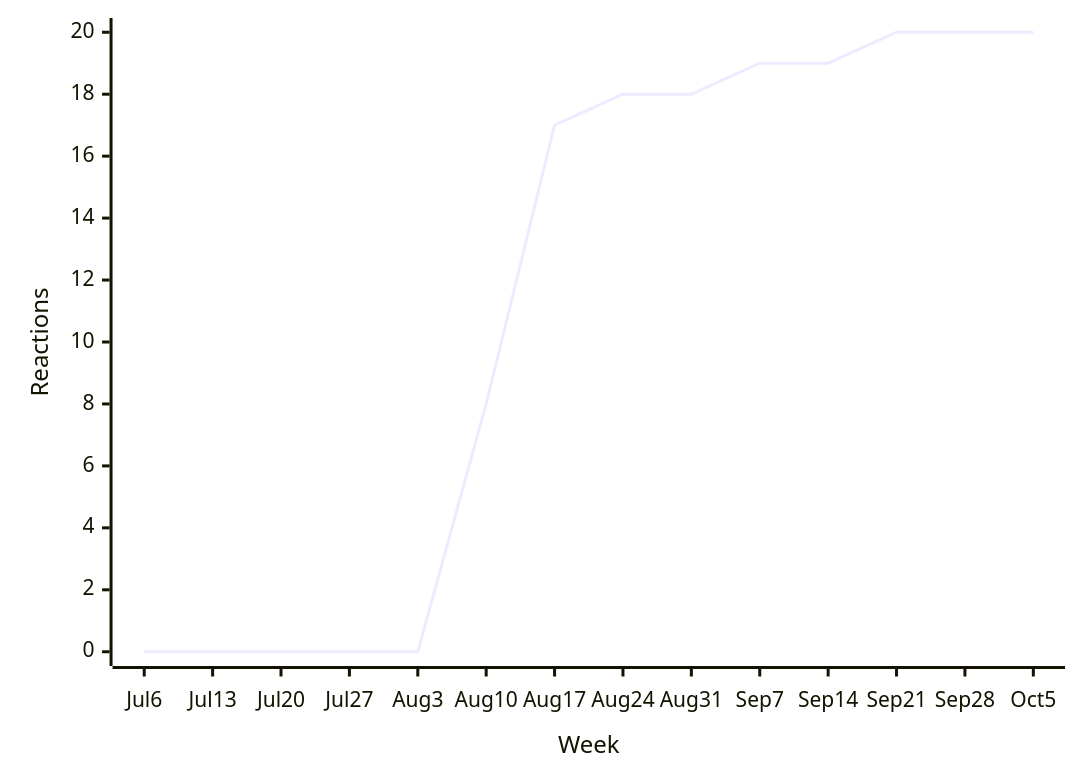
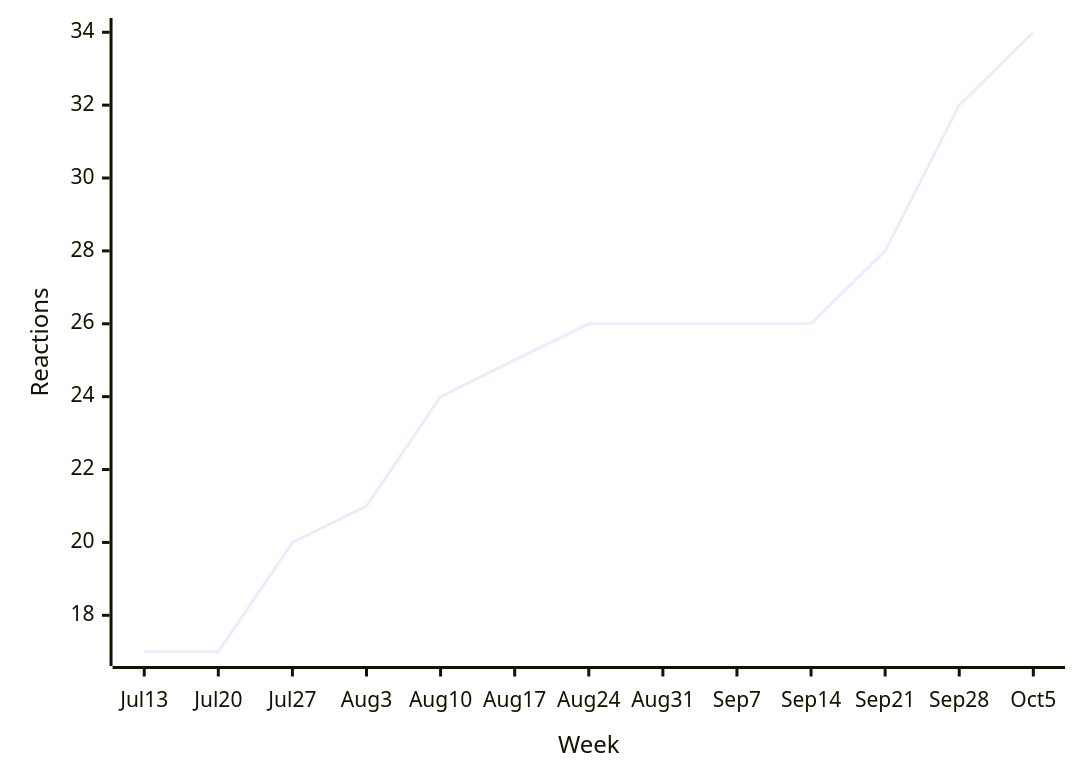
Before and after one commit to loic-sharma/github-insights: the eighth of 34 diagrams in README.md, drawn with Mermaid. The commit also changed other lines of this file and 3 other files, not shown here.

````diff
--- a/README.md
+++ b/README.md
@@ -443,6 +443,6 @@
   ```mermaid
   xychart-beta
-    x-axis "Week" [Jul 6, Jul 13, Jul 20, Jul 27, Aug 3, Aug 10, Aug 17, Aug 24, Aug 31, Sep 7, Sep 14, Sep 21, Sep 28, Oct 5]
-    y-axis "Reactions" 0 --> 20
-    line [0, 0, 0, 0, 0, 8, 17, 18, 18, 19, 19, 20, 20, 20]
+    x-axis "Week" [Jul 13, Jul 20, Jul 27, Aug 3, Aug 10, Aug 17, Aug 24, Aug 31, Sep 7, Sep 14, Sep 21, Sep 28, Oct 5]
+    y-axis "Reactions"
+    line [17, 17, 20, 21, 24, 25, 26, 26, 26, 26, 28, 32, 34]
   ```
````
